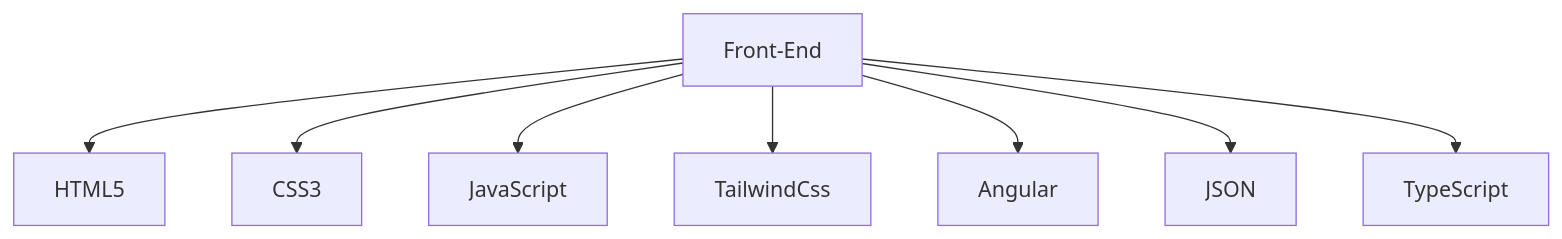
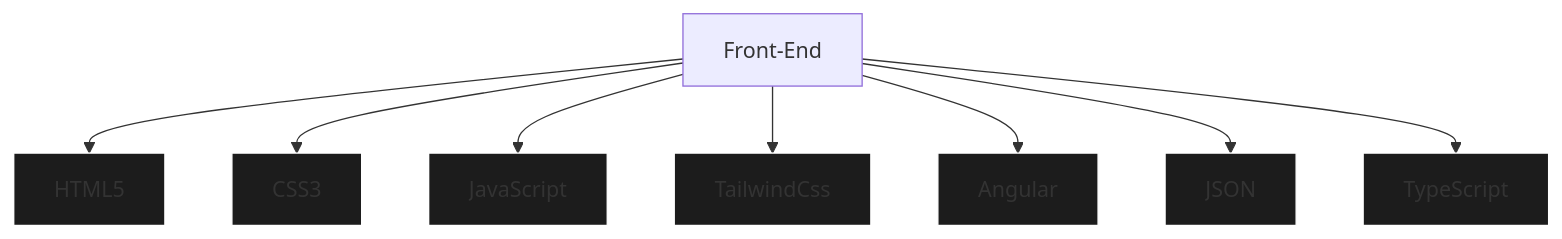
Before and after one commit to LinderCa/LinderCa: the first of 2 diagrams in README.md, drawn with Mermaid. The commit also changed other lines of this file, not shown here.

````diff
--- a/README.md
+++ b/README.md
@@ -37,10 +37,12 @@
 ```mermaid
 graph TD;
     Front-End-->HTML5;
     Front-End-->CSS3;
     Front-End-->JavaScript;
     Front-End-->TailwindCss
     Front-End-->Angular;
     Front-End-->JSON;
     Front-End-->TypeScript;
+    classDef frontEnd fill:#1c1c1c,stroke:#ffffff;
+    class HTML5,CSS3,JavaScript,TailwindCss,Angular,JSON,TypeScript frontEnd;
 ```
````
